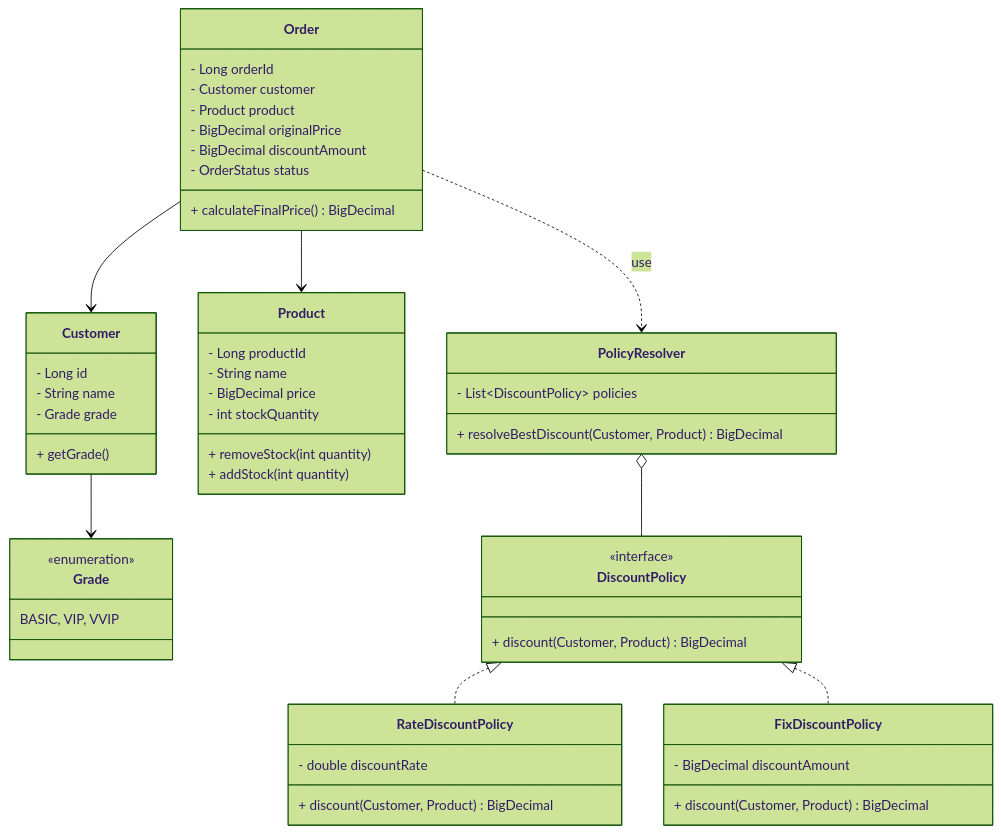
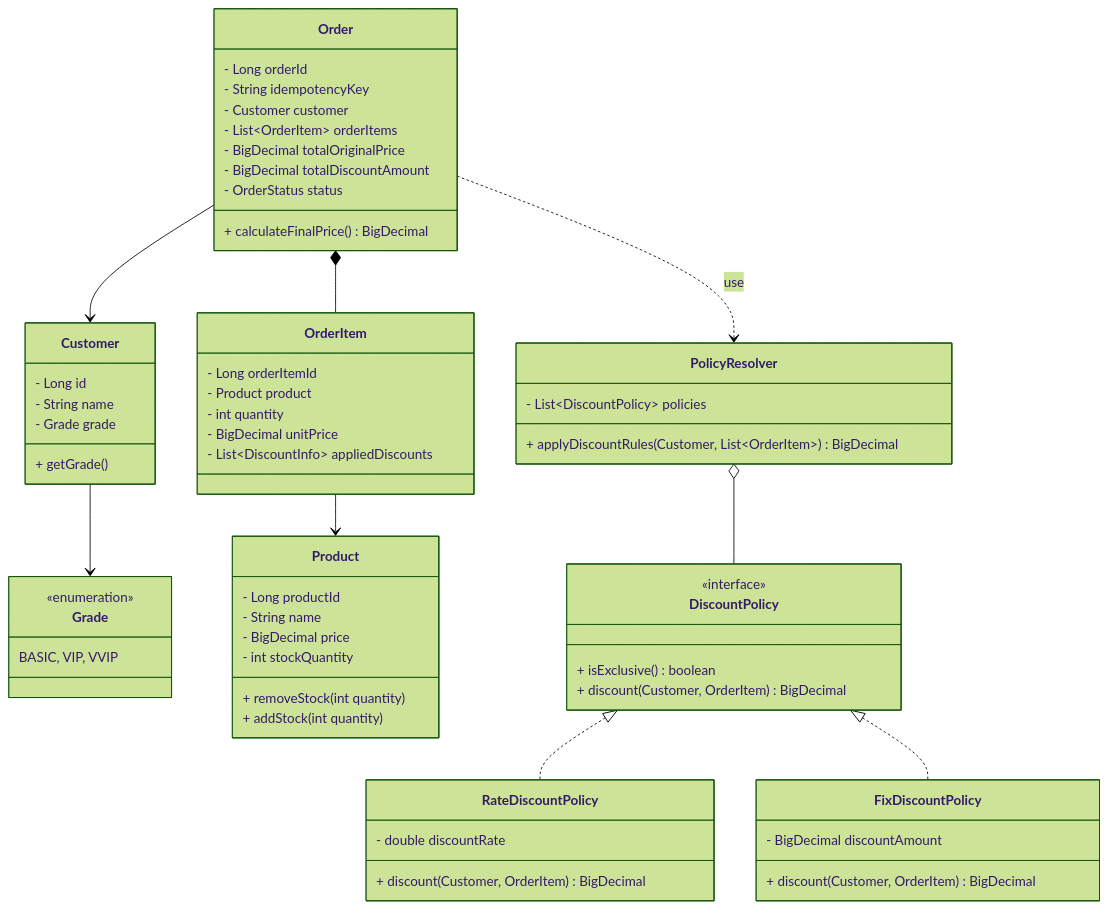
The second of 3 diagrams in Analysis_22212025_이진녕.md (dlwlssud123/OSS_shopping), drawn with Mermaid (forest theme) before and after one commit. The commit also changed other lines of this file, not shown here.

````diff
--- a/Analysis_22212025_이진녕.md
+++ b/Analysis_22212025_이진녕.md
@@ -140,57 +141,68 @@
 ```mermaid
 classDiagram
     class Customer {
         - Long id
         - String name
         - Grade grade
         + getGrade()
     }
     class Grade {
         <<enumeration>>
         BASIC, VIP, VVIP
     }
     
     class Product {
         - Long productId
         - String name
         - BigDecimal price
         - int stockQuantity
         + removeStock(int quantity)
         + addStock(int quantity)
     }
 
+    class OrderItem {
+        - Long orderItemId
+        - Product product
+        - int quantity
+        - BigDecimal unitPrice
+        - List~DiscountInfo~ appliedDiscounts
+    }
+
     class Order {
         - Long orderId
+        - String idempotencyKey
         - Customer customer
-        - Product product
-        - BigDecimal originalPrice
-        - BigDecimal discountAmount
+        - List~OrderItem~ orderItems
+        - BigDecimal totalOriginalPrice
+        - BigDecimal totalDiscountAmount
         - OrderStatus status
         + calculateFinalPrice() BigDecimal
     }
     
     class DiscountPolicy {
         <<interface>>
-        + discount(Customer, Product) BigDecimal
+        + isExclusive() boolean
+        + discount(Customer, OrderItem) BigDecimal
     }
     class RateDiscountPolicy {
         - double discountRate
-        + discount(Customer, Product) BigDecimal
+        + discount(Customer, OrderItem) BigDecimal
     }
     class FixDiscountPolicy {
         - BigDecimal discountAmount
-        + discount(Customer, Product) BigDecimal
+        + discount(Customer, OrderItem) BigDecimal
     }
     class PolicyResolver {
         - List~DiscountPolicy~ policies
-        + resolveBestDiscount(Customer, Product) BigDecimal
+        + applyDiscountRules(Customer, List~OrderItem~) BigDecimal
     }
 
     Customer --> Grade
     Order --> Customer
-    Order --> Product
+    Order *-- OrderItem
+    OrderItem --> Product
     DiscountPolicy <|.. RateDiscountPolicy
     DiscountPolicy <|.. FixDiscountPolicy
     PolicyResolver o-- DiscountPolicy
     Order ..> PolicyResolver : use
 ```
````
